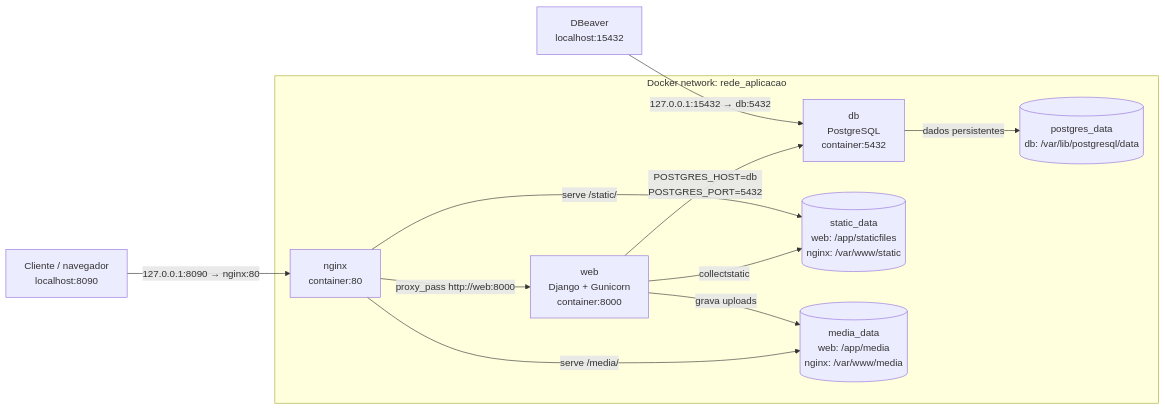
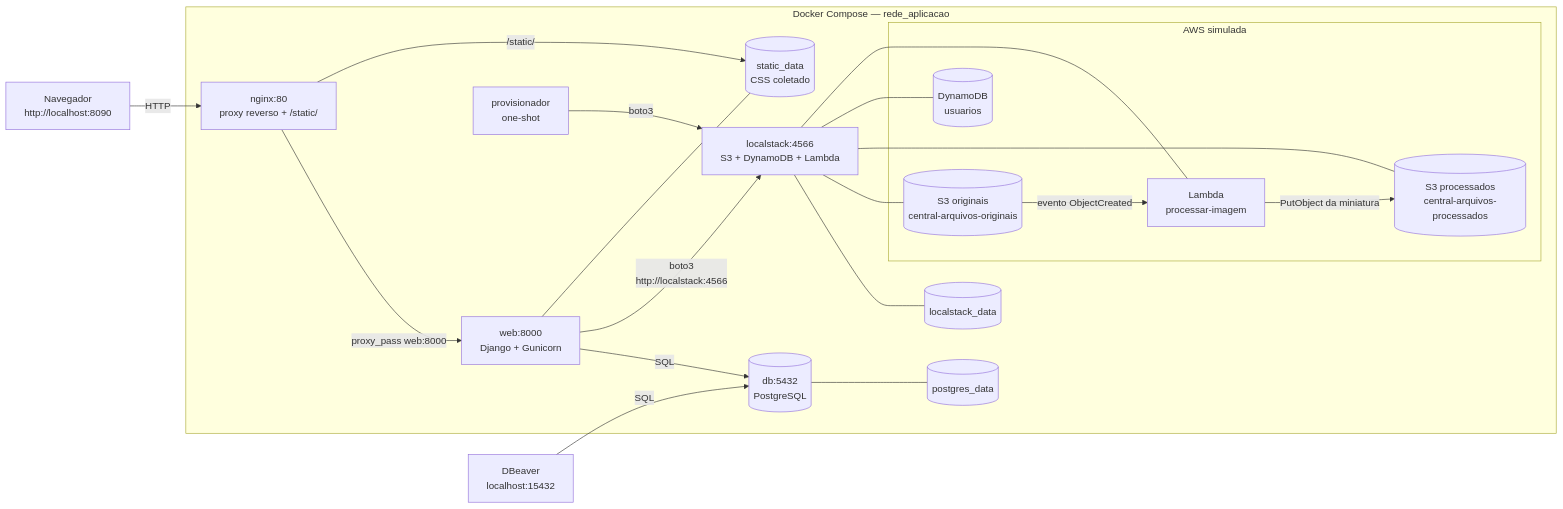
The first of 8 diagrams in docs/arquitetura.md (analaress/django-upload-docker), drawn with Mermaid before and after one commit. The commit also changed other lines of this file and 37 other files, not shown here.

````diff
--- a/docs/arquitetura.md
+++ b/docs/arquitetura.md
@@ -9,24 +42,41 @@
 ```mermaid
 flowchart LR
-    cliente["Cliente / navegador<br/>localhost:8090"]
+    navegador["Navegador<br/>http://localhost:8090"]
     dbeaver["DBeaver<br/>localhost:15432"]
 
-    subgraph docker["Docker network: rede_aplicacao"]
-        nginx["nginx<br/>container:80"]
-        web["web<br/>Django + Gunicorn<br/>container:8000"]
-        db["db<br/>PostgreSQL<br/>container:5432"]
-        static[("static_data<br/>web: /app/staticfiles<br/>nginx: /var/www/static")]
-        media[("media_data<br/>web: /app/media<br/>nginx: /var/www/media")]
-        postgres[("postgres_data<br/>db: /var/lib/postgresql/data")]
+    subgraph docker["Docker Compose — rede_aplicacao"]
+        nginx["nginx:80<br/>proxy reverso + /static/"]
+        web["web:8000<br/>Django + Gunicorn"]
+        db[("db:5432<br/>PostgreSQL")]
+        localstack["localstack:4566<br/>S3 + DynamoDB + Lambda"]
+        provisionador["provisionador<br/>one-shot"]
+
+        subgraph aws["AWS simulada"]
+            s3o[("S3 originais<br/>central-arquivos-originais")]
+            s3p[("S3 processados<br/>central-arquivos-processados")]
+            ddb[("DynamoDB<br/>usuarios")]
+            lambda["Lambda<br/>processar-imagem"]
+        end
+
+        static[("static_data<br/>CSS coletado")]
+        pg[("postgres_data")]
+        ls[("localstack_data")]
     end
 
-    cliente -->|"127.0.0.1:8090 → nginx:80"| nginx
-    dbeaver -->|"127.0.0.1:15432 → db:5432"| db
-    nginx -->|"proxy_pass http://web:8000"| web
-    web -->|"POSTGRES_HOST=db<br/>POSTGRES_PORT=5432"| db
-    web -->|"grava uploads"| media
-    nginx -->|"serve /media/"| media
-    nginx -->|"serve /static/"| static
-    db -->|"dados persistentes"| postgres
-    web -->|"collectstatic"| static
+    navegador -->|"HTTP"| nginx
+    dbeaver -->|"SQL"| db
+    nginx -->|"proxy_pass web:8000"| web
+    nginx -->|"/static/"| static
+    web -->|"SQL"| db
+    web -->|"boto3<br/>http://localstack:4566"| localstack
+    provisionador -->|"boto3"| localstack
+    db --- pg
+    web --- static
+    localstack --- ls
+    localstack --- s3o
+    localstack --- s3p
+    localstack --- ddb
+    localstack --- lambda
+    s3o -->|"evento ObjectCreated"| lambda
+    lambda -->|"PutObject da miniatura"| s3p
 ```
````
